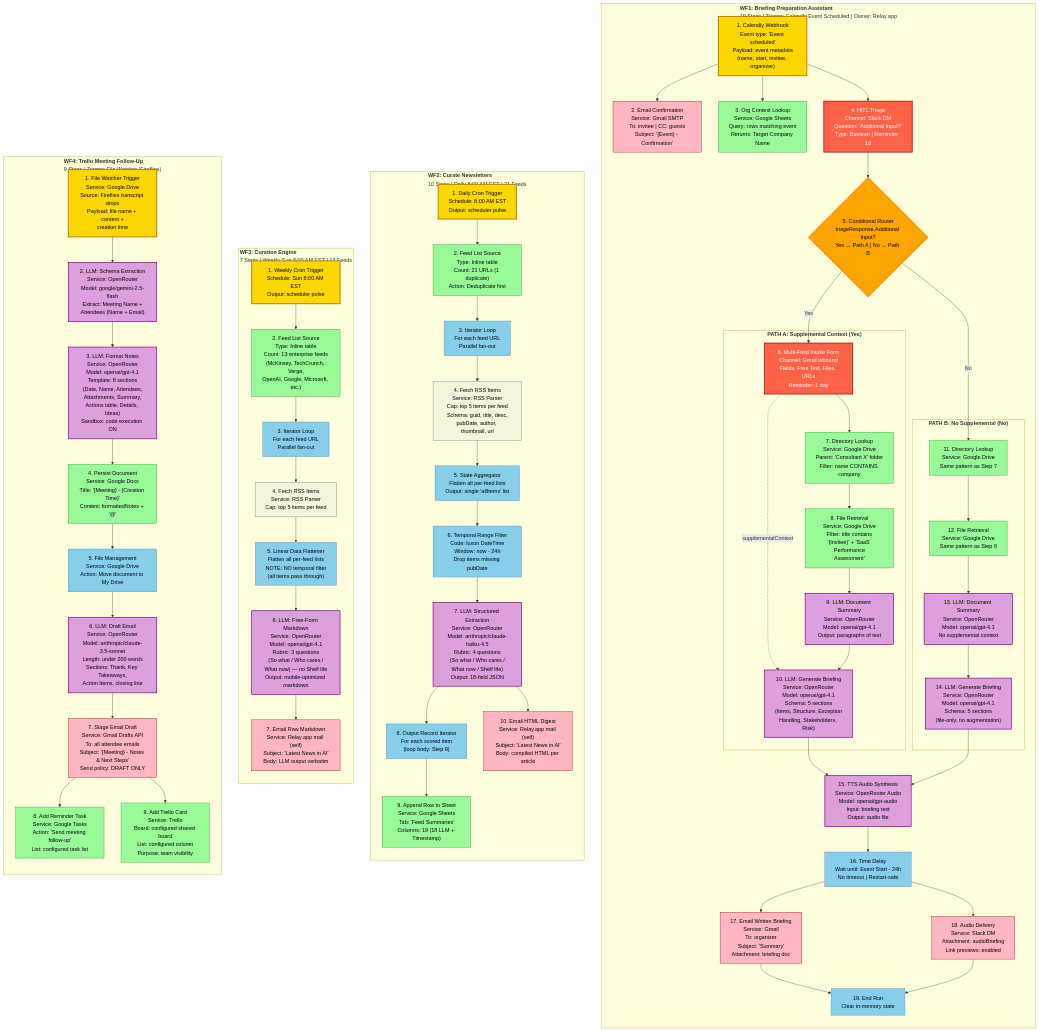
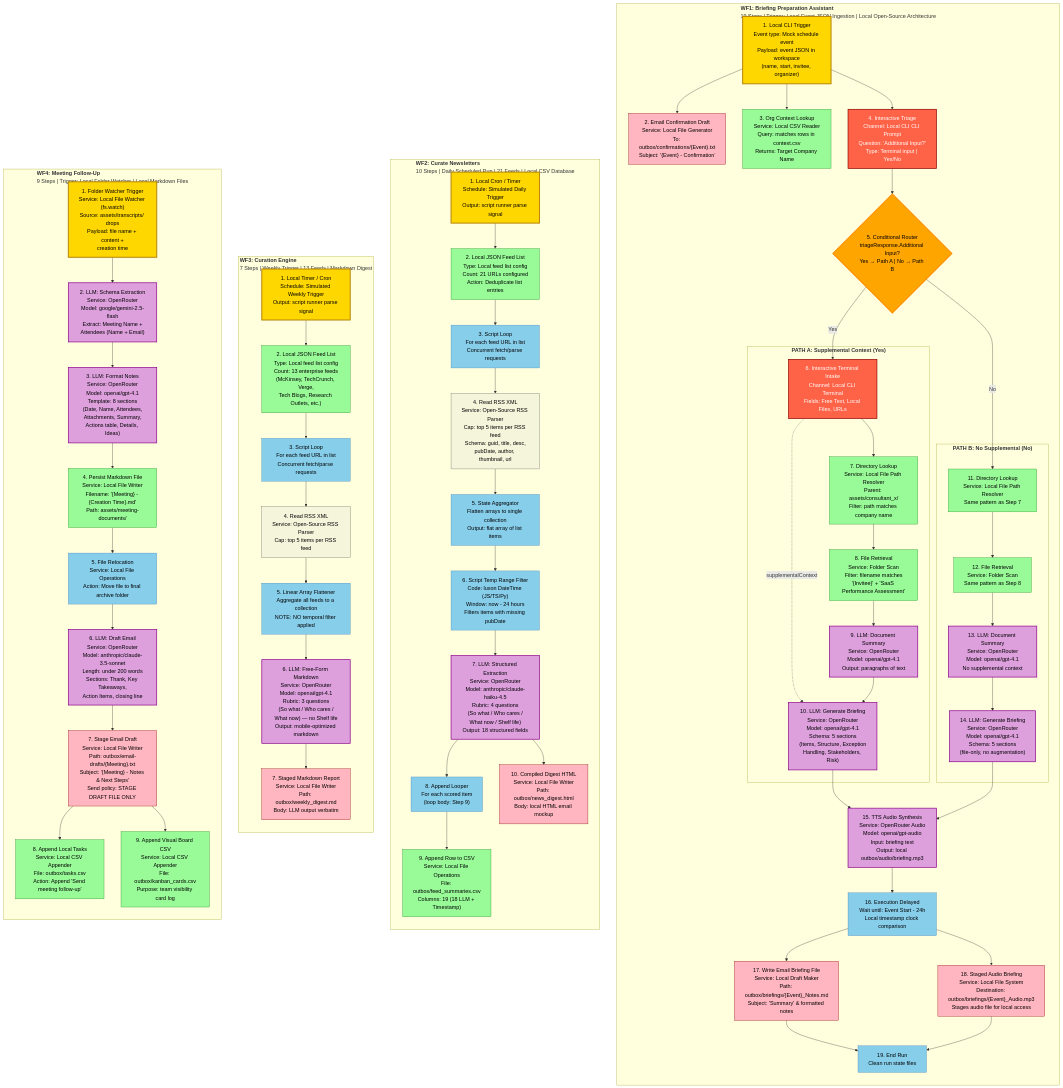
One commit to nickth3man/chief-staff changed the diagram in workflows/ALL_WORKFLOWS_DIAGRAM.md. Above: the diagram before and after it, drawn with Mermaid. The commit also changed other lines of this file and 15 other files, not shown here.

First line of the commit message:
feat: Add local curation engine and meeting notes for SaaS performance review

````diff
--- a/workflows/ALL_WORKFLOWS_DIAGRAM.md
+++ b/workflows/ALL_WORKFLOWS_DIAGRAM.md
@@ -22,8 +22,8 @@
 ```mermaid
 graph TB
     %% ===================================================================
-    %% CHIEF-STAFF WORKFLOWS - COMPREHENSIVE VISUAL DIAGRAM
-    %% Source: workflows/ folder (4 production workflows)
+    %% CHIEF-STAFF WORKFLOWS - COMPREHENSIVE LOCAL VISUAL DIAGRAM
+    %% Source: workflows/ folder (4 local open-source workflows)
     %% ===================================================================
 
     classDef triggerStyle fill:#FFD700,stroke:#B8860B,stroke-width:3px,color:#000
@@ -37,37 +37,37 @@
 
     %% ===================================================================
     %% WORKFLOW 1: BRIEFING PREPARATION ASSISTANT (19 STEPS)
-    %% Trigger: Calendly 'Event Scheduled'
+    %% Trigger: Mocked scheduler / Local JSON trigger event
     %% ===================================================================
-    subgraph WF1["<b>WF1: Briefing Preparation Assistant</b><br/>19 Steps | Trigger: Calendly Event Scheduled | Owner: Relay.app"]
+    subgraph WF1["<b>WF1: Briefing Preparation Assistant</b><br/>19 Steps | Trigger: Local Event JSON Ingestion | Local Open-Source Architecture"]
         direction TB
 
-        W1S1["1. Calendly Webhook<br/>Event type: 'Event scheduled'<br/>Payload: event metadata<br/>(name, start, invitee, organizer)"]:::triggerStyle
-        W1S2["2. Email Confirmation<br/>Service: Gmail SMTP<br/>To: invitee | CC: guests<br/>Subject: '{Event} - Confirmation'"]:::deliveryStyle
-        W1S3["3. Org Context Lookup<br/>Service: Google Sheets<br/>Query: rows matching event<br/>Returns: Target Company Name"]:::dataStyle
-        W1S4["4. HITL Triage<br/>Channel: Slack DM<br/>Question: 'Additional Input?'<br/>Type: Boolean | Reminder: 1d"]:::hitlStyle
+        W1S1["1. Local CLI Trigger<br/>Event type: Mock schedule event<br/>Payload: event JSON in workspace<br/>(name, start, invitee, organizer)"]:::triggerStyle
+        W1S2["2. Email Confirmation Draft<br/>Service: Local File Generator<br/>To: outbox/confirmations/{Event}.txt<br/>Subject: '{Event} - Confirmation'"]:::deliveryStyle
+        W1S3["3. Org Context Lookup<br/>Service: Local CSV Reader<br/>Query: matches rows in context.csv<br/>Returns: Target Company Name"]:::dataStyle
+        W1S4["4. Interactive Triage<br/>Channel: Local CLI CLI Prompt<br/>Question: 'Additional Input?'<br/>Type: Terminal input | Yes/No"]:::hitlStyle
         W1S5{"5. Conditional Router<br/>triageResponse.Additional Input?<br/>Yes → Path A | No → Path B"}:::decisionStyle
 
         subgraph WF1A["<b>PATH A: Supplemental Context (Yes)</b>"]
-            W1S6["6. Multi-Field Intake Form<br/>Channel: Gmail inbound<br/>Fields: Free Text, Files, URLs<br/>Reminder: 1 day"]:::hitlStyle
-            W1S7["7. Directory Lookup<br/>Service: Google Drive<br/>Parent: 'Consultant X' folder<br/>Filter: name CONTAINS company"]:::dataStyle
-            W1S8["8. File Retrieval<br/>Service: Google Drive<br/>Filter: title contains<br/>'{Invitee}' + 'SaaS Performance<br/>Assessment'"]:::dataStyle
+            W1S6["6. Interactive Terminal Intake<br/>Channel: Local CLI Terminal<br/>Fields: Free Text, Local Files, URLs"]:::hitlStyle
+            W1S7["7. Directory Lookup<br/>Service: Local File Path Resolver<br/>Parent: assets/consultant_x/<br/>Filter: path matches company name"]:::dataStyle
+            W1S8["8. File Retrieval<br/>Service: Folder Scan<br/>Filter: filename matches<br/>'{Invitee}' + 'SaaS Performance Assessment'"]:::dataStyle
             W1S9["9. LLM: Document Summary<br/>Service: OpenRouter<br/>Model: openai/gpt-4.1<br/>Output: paragraphs of text"]:::llmStyle
             W1S10["10. LLM: Generate Briefing<br/>Service: OpenRouter<br/>Model: openai/gpt-4.1<br/>Schema: 5 sections<br/>(Items, Structure, Exception<br/>Handling, Stakeholders, Risk)"]:::llmStyle
         end
 
         subgraph WF1B["<b>PATH B: No Supplemental (No)</b>"]
-            W1S11["11. Directory Lookup<br/>Service: Google Drive<br/>Same pattern as Step 7"]:::dataStyle
-            W1S12["12. File Retrieval<br/>Service: Google Drive<br/>Same pattern as Step 8"]:::dataStyle
+            W1S11["11. Directory Lookup<br/>Service: Local File Path Resolver<br/>Same pattern as Step 7"]:::dataStyle
+            W1S12["12. File Retrieval<br/>Service: Folder Scan<br/>Same pattern as Step 8"]:::dataStyle
             W1S13["13. LLM: Document Summary<br/>Service: OpenRouter<br/>Model: openai/gpt-4.1<br/>No supplemental context"]:::llmStyle
             W1S14["14. LLM: Generate Briefing<br/>Service: OpenRouter<br/>Model: openai/gpt-4.1<br/>Schema: 5 sections<br/>(file-only, no augmentation)"]:::llmStyle
         end
 
-        W1S15["15. TTS Audio Synthesis<br/>Service: OpenRouter Audio<br/>Model: openai/gpt-audio<br/>Input: briefing text<br/>Output: audio file"]:::llmStyle
-        W1S16["16. Time Delay<br/>Wait until: Event Start - 24h<br/>No timeout | Restart-safe"]:::processStyle
-        W1S17["17. Email Written Briefing<br/>Service: Gmail<br/>To: organizer<br/>Subject: 'Summary'<br/>Attachment: briefing doc"]:::deliveryStyle
-        W1S18["18. Audio Delivery<br/>Service: Slack DM<br/>Attachment: audioBriefing<br/>Link previews: enabled"]:::deliveryStyle
-        W1S19["19. End Run<br/>Clear in-memory state"]:::processStyle
+        W1S15["15. TTS Audio Synthesis<br/>Service: OpenRouter Audio<br/>Model: openai/gpt-audio<br/>Input: briefing text<br/>Output: local outbox/audio/briefing.mp3"]:::llmStyle
+        W1S16["16. Execution Delayed<br/>Wait until: Event Start - 24h<br/>Local timestamp clock comparison"]:::processStyle
+        W1S17["17. Write Email Briefing File<br/>Service: Local Draft Maker<br/>Path: outbox/briefings/{Event}_Notes.md<br/>Subject: 'Summary' & formatted notes"]:::deliveryStyle
+        W1S18["18. Staged Audio Briefing<br/>Service: Local File System<br/>Destination: outbox/briefings/{Event}_Audio.mp3<br/>Stages audio file for local access"]:::deliveryStyle
+        W1S19["19. End Run<br/>Clean run state files"]:::processStyle
 
         W1S1 --> W1S2
         W1S1 --> W1S3
@@ -94,21 +94,21 @@
 
     %% ===================================================================
     %% WORKFLOW 2: CURATE NEWSLETTERS (10 STEPS)
-    %% Trigger: Daily cron 8:00 AM EST
+    %% Trigger: Local Scheduler / Script runner
     %% ===================================================================
-    subgraph WF2["<b>WF2: Curate Newsletters</b><br/>10 Steps | Daily 8:00 AM EST | 21 Feeds"]
+    subgraph WF2["<b>WF2: Curate Newsletters</b><br/>10 Steps | Daily Scheduled Run | 21 Feeds | Local CSV Database"]
         direction TB
 
-        W2S1["1. Daily Cron Trigger<br/>Schedule: 8:00 AM EST<br/>Output: scheduler pulse"]:::triggerStyle
-        W2S2["2. Feed List Source<br/>Type: Inline table<br/>Count: 21 URLs (1 duplicate)<br/>Action: Deduplicate first"]:::dataStyle
-        W2S3["3. Iterator Loop<br/>For each feed URL<br/>Parallel fan-out"]:::processStyle
-        W2S4["4. Fetch RSS Items<br/>Service: RSS Parser<br/>Cap: top 5 items per feed<br/>Schema: guid, title, desc,<br/>pubDate, author, thumbnail, url"]:::externalStyle
-        W2S5["5. State Aggregator<br/>Flatten all per-feed lists<br/>Output: single 'allItems' list"]:::processStyle
-        W2S6["6. Temporal Range Filter<br/>Code: luxon DateTime<br/>Window: now - 24h<br/>Drop items missing pubDate"]:::processStyle
-        W2S7["7. LLM: Structured Extraction<br/>Service: OpenRouter<br/>Model: anthropic/claude-haiku-4.5<br/>Rubric: 4 questions<br/>(So what / Who cares /<br/>What now / Shelf life)<br/>Output: 18-field JSON"]:::llmStyle
-        W2S8["8. Output Record Iterator<br/>For each scored item<br/>(loop body: Step 9)"]:::processStyle
-        W2S9["9. Append Row to Sheet<br/>Service: Google Sheets<br/>Tab: 'Feed Summaries'<br/>Columns: 19 (18 LLM + Timestamp)"]:::dataStyle
-        W2S10["10. Email HTML Digest<br/>Service: Relay.app mail (self)<br/>Subject: 'Latest News in AI'<br/>Body: compiled HTML per article"]:::deliveryStyle
+        W2S1["1. Local Cron / Timer<br/>Schedule: Simulated Daily Trigger<br/>Output: script runner parse signal"]:::triggerStyle
+        W2S2["2. Local JSON Feed List<br/>Type: Local feed list config<br/>Count: 21 URLs configured<br/>Action: Deduplicate list entries"]:::dataStyle
+        W2S3["3. Script Loop<br/>For each feed URL in list<br/>Concurrent fetch/parse requests"]:::processStyle
+        W2S4["4. Read RSS XML<br/>Service: Open-Source RSS Parser<br/>Cap: top 5 items per RSS feed<br/>Schema: guid, title, desc,<br/>pubDate, author, thumbnail, url"]:::externalStyle
+        W2S5["5. State Aggregator<br/>Flatten arrays to single collection<br/>Output: flat array of list items"]:::processStyle
+        W2S6["6. Script Temp Range Filter<br/>Code: luxon DateTime (JS/TS/Py)<br/>Window: now - 24 hours<br/>Filters items with missing pubDate"]:::processStyle
+        W2S7["7. LLM: Structured Extraction<br/>Service: OpenRouter<br/>Model: anthropic/claude-haiku-4.5<br/>Rubric: 4 questions<br/>(So what / Who cares /<br/>What now / Shelf life)<br/>Output: 18 structured fields"]:::llmStyle
+        W2S8["8. Append Looper<br/>For each scored item<br/>(loop body: Step 9)"]:::processStyle
+        W2S9["9. Append Row to CSV<br/>Service: Local File Operations<br/>File: outbox/feed_summaries.csv<br/>Columns: 19 (18 LLM + Timestamp)"]:::dataStyle
+        W2S10["10. Compiled Digest HTML<br/>Service: Local File Writer<br/>Path: outbox/news_digest.html<br/>Body: local HTML email mockup"]:::deliveryStyle
 
         W2S1 --> W2S2
         W2S2 --> W2S3
@@ -123,18 +123,18 @@
 
     %% ===================================================================
     %% WORKFLOW 3: CURATION ENGINE (7 STEPS)
-    %% Trigger: Weekly cron Sunday 8:00 AM EST
+    %% Trigger: Weekly local script timer
     %% ===================================================================
-    subgraph WF3["<b>WF3: Curation Engine</b><br/>7 Steps | Weekly Sun 8:00 AM EST | 13 Feeds"]
+    subgraph WF3["<b>WF3: Curation Engine</b><br/>7 Steps | Weekly Trigger | 13 Feeds | Markdown Digest"]
         direction TB
 
-        W3S1["1. Weekly Cron Trigger<br/>Schedule: Sun 8:00 AM EST<br/>Output: scheduler pulse"]:::triggerStyle
-        W3S2["2. Feed List Source<br/>Type: Inline table<br/>Count: 13 enterprise feeds<br/>(McKinsey, TechCrunch, Verge,<br/>OpenAI, Google, Microsoft, etc.)"]:::dataStyle
-        W3S3["3. Iterator Loop<br/>For each feed URL<br/>Parallel fan-out"]:::processStyle
-        W3S4["4. Fetch RSS Items<br/>Service: RSS Parser<br/>Cap: top 5 items per feed"]:::externalStyle
-        W3S5["5. Linear Data Flattener<br/>Flatten all per-feed lists<br/>NOTE: NO temporal filter<br/>(all items pass through)"]:::processStyle
+        W3S1["1. Local Timer / Cron<br/>Schedule: Simulated Weekly Trigger<br/>Output: script runner parse signal"]:::triggerStyle
+        W3S2["2. Local JSON Feed List<br/>Type: Local feed list config<br/>Count: 13 enterprise feeds<br/>(McKinsey, TechCrunch, Verge,<br/>Tech Blogs, Research Outlets, etc.)"]:::dataStyle
+        W3S3["3. Script Loop<br/>For each feed URL in list<br/>Concurrent fetch/parse requests"]:::processStyle
+        W3S4["4. Read RSS XML<br/>Service: Open-Source RSS Parser<br/>Cap: top 5 items per RSS feed"]:::externalStyle
+        W3S5["5. Linear Array Flattener<br/>Aggregate all feeds to a collection<br/>NOTE: NO temporal filter applied"]:::processStyle
         W3S6["6. LLM: Free-Form Markdown<br/>Service: OpenRouter<br/>Model: openai/gpt-4.1<br/>Rubric: 3 questions<br/>(So what / Who cares /<br/>What now) — no Shelf life<br/>Output: mobile-optimized markdown"]:::llmStyle
-        W3S7["7. Email Raw Markdown<br/>Service: Relay.app mail (self)<br/>Subject: 'Latest News in AI'<br/>Body: LLM output verbatim"]:::deliveryStyle
+        W3S7["7. Staged Markdown Report<br/>Service: Local File Writer<br/>Path: outbox/weekly_digest.md<br/>Body: LLM output verbatim"]:::deliveryStyle
 
         W3S1 --> W3S2
         W3S2 --> W3S3
@@ -145,21 +145,21 @@
     end
 
     %% ===================================================================
-    %% WORKFLOW 4: TRELLO MEETING FOLLOW-UP (9 STEPS)
-    %% Trigger: File watcher on Google Drive (Fireflies output)
+    %% WORKFLOW 4: MEETING FOLLOW-UP (9 STEPS)
+    %% Trigger: Local filesystem watcher (Meeting transcription files)
     %% ===================================================================
-    subgraph WF4["<b>WF4: Trello Meeting Follow-Up</b><br/>9 Steps | Trigger: File Watcher (Fireflies)"]
+    subgraph WF4["<b>WF4: Meeting Follow-Up</b><br/>9 Steps | Trigger: Local Folder Watcher | Local Markdown Files"]
         direction TB
 
-        W4S1["1. File Watcher Trigger<br/>Service: Google Drive<br/>Source: Fireflies transcript drops<br/>Payload: file name + content +<br/>creation time"]:::triggerStyle
+        W4S1["1. Folder Watcher Trigger<br/>Service: Local File Watcher (fs.watch)<br/>Source: assets/transcripts/ drops<br/>Payload: file name + content +<br/>creation time"]:::triggerStyle
         W4S2["2. LLM: Schema Extraction<br/>Service: OpenRouter<br/>Model: google/gemini-2.5-flash<br/>Extract: Meeting Name +<br/>Attendees (Name + Email)"]:::llmStyle
-        W4S3["3. LLM: Format Notes<br/>Service: OpenRouter<br/>Model: openai/gpt-4.1<br/>Template: 8 sections<br/>(Date, Name, Attendees,<br/>Attachments, Summary,<br/>Actions table, Details, Ideas)<br/>Sandbox: code execution ON"]:::llmStyle
-        W4S4["4. Persist Document<br/>Service: Google Docs<br/>Title: '{Meeting} - {Creation Time}'<br/>Content: formattedNotes + '@'"]:::dataStyle
-        W4S5["5. File Management<br/>Service: Google Drive<br/>Action: Move document to My Drive"]:::processStyle
+        W4S3["3. LLM: Format Notes<br/>Service: OpenRouter<br/>Model: openai/gpt-4.1<br/>Template: 8 sections<br/>(Date, Name, Attendees,<br/>Attachments, Summary,<br/>Actions table, Details, Ideas)"]:::llmStyle
+        W4S4["4. Persist Markdown File<br/>Service: Local File Writer<br/>Filename: '{Meeting} - {Creation Time}.md'<br/>Path: assets/meeting-documents/"]:::dataStyle
+        W4S5["5. File Relocation<br/>Service: Local File Operations<br/>Action: Move file to final archive folder"]:::processStyle
         W4S6["6. LLM: Draft Email<br/>Service: OpenRouter<br/>Model: anthropic/claude-3.5-sonnet<br/>Length: under 200 words<br/>Sections: Thank, Key Takeaways,<br/>Action Items, closing line"]:::llmStyle
-        W4S7["7. Stage Email Draft<br/>Service: Gmail Drafts API<br/>To: all attendee emails<br/>Subject: '{Meeting} - Notes & Next Steps'<br/>Send policy: DRAFT ONLY"]:::deliveryStyle
-        W4S8["8. Add Reminder Task<br/>Service: Google Tasks<br/>Action: 'Send meeting follow-up'<br/>List: configured task list"]:::dataStyle
-        W4S9["9. Add Trello Card<br/>Service: Trello<br/>Board: configured shared board<br/>List: configured column<br/>Purpose: team visibility"]:::dataStyle
+        W4S7["7. Stage Email Draft<br/>Service: Local File Writer<br/>Path: outbox/email-drafts/{Meeting}.txt<br/>Subject: '{Meeting} - Notes & Next Steps'<br/>Send policy: STAGE DRAFT FILE ONLY"]:::deliveryStyle
+        W4S8["8. Append Local Tasks<br/>Service: Local CSV Appender<br/>File: outbox/tasks.csv<br/>Action: Append 'Send meeting follow-up'"]:::dataStyle
+        W4S9["9. Append Visual Board CSV<br/>Service: Local CSV Appender<br/>File: outbox/kanban_cards.csv<br/>Purpose: team visibility card log"]:::dataStyle
 
         W4S1 --> W4S2
         W4S2 --> W4S3
````
